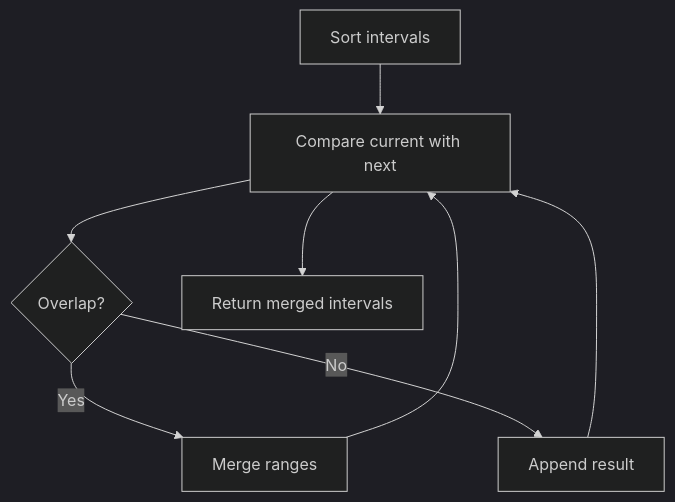
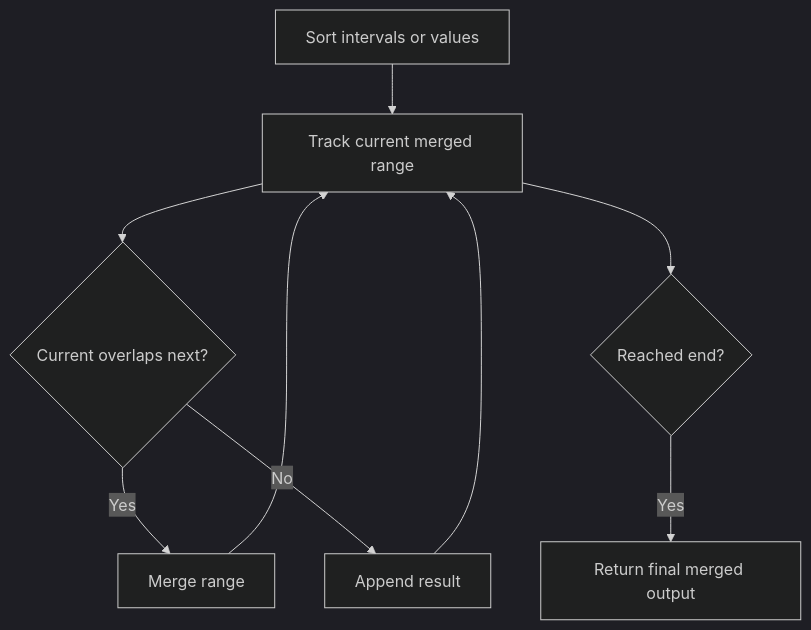
Before and after one commit to keshav-poojary/Leetcode: the diagram in NeetCode-Submissions/12-intervals/05-meeting-rooms-ii/readme.md, drawn with Mermaid (dark theme). The commit also changed 105 other files, not shown here.

Commit message:
Add NeetCode README docs with mermaid diagrams

````diff
--- a/NeetCode-Submissions/12-intervals/05-meeting-rooms-ii/readme.md
+++ b/NeetCode-Submissions/12-intervals/05-meeting-rooms-ii/readme.md
@@ -34,10 +34,11 @@
 ```mermaid
 flowchart TD
-    A[Sort intervals] --> B[Compare current with next]
-    B --> C{Overlap?}
-    C -- Yes --> D[Merge ranges]
+    A[Sort intervals or values] --> B[Track current merged range]
+    B --> C{Current overlaps next?}
+    C -- Yes --> D[Merge range]
     C -- No --> E[Append result]
     D --> B
     E --> B
-    B --> F[Return merged intervals]
+    B --> F{Reached end?}
+    F -- Yes --> G[Return final merged output]
 ```
````
